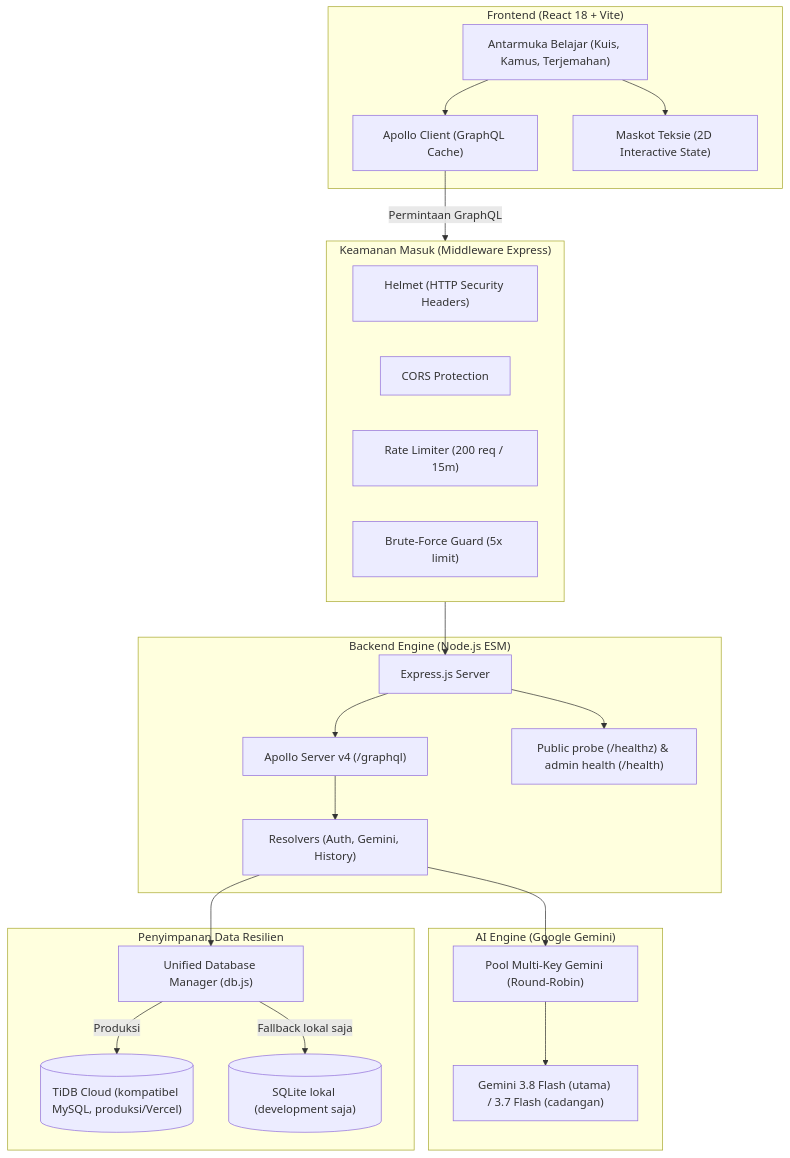
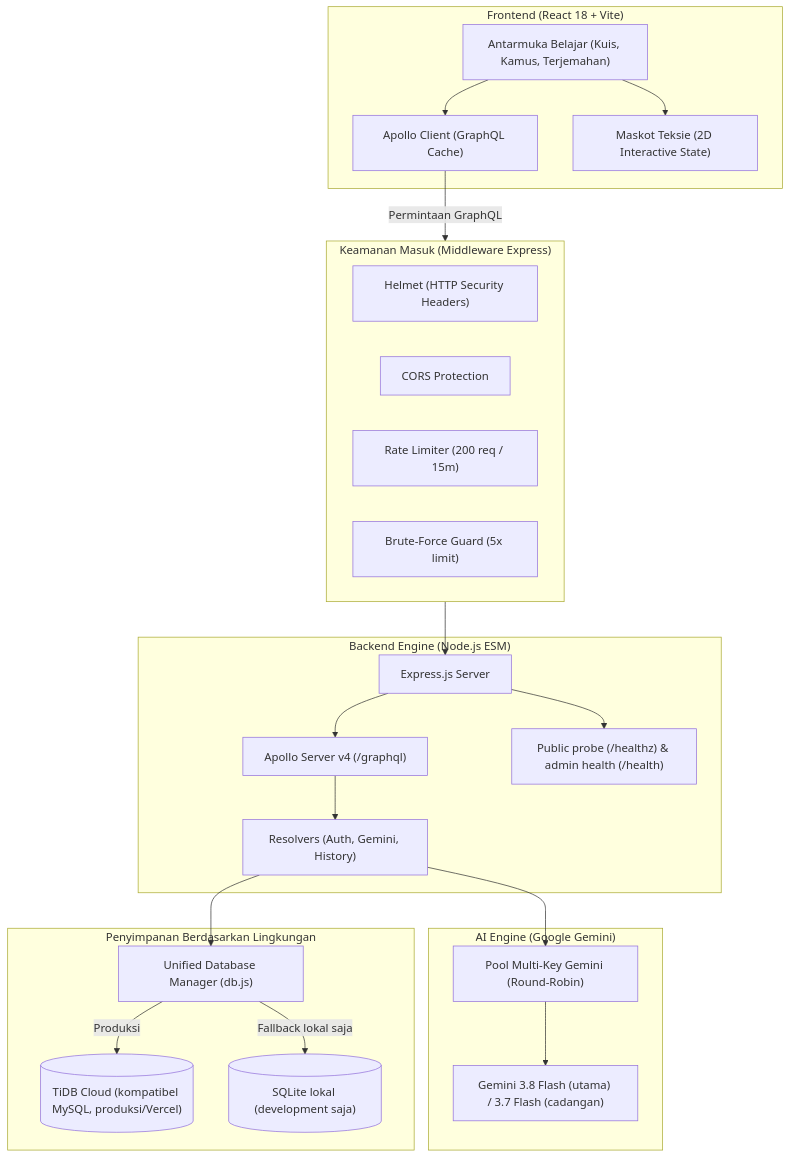
Before and after one commit to SlmAlhdr/pahamteks: the diagram in docs/ARCHITECTURE.md, drawn with Mermaid. The commit also changed other lines of this file and 6 other files, not shown here.

````diff
--- a/docs/ARCHITECTURE.md
+++ b/docs/ARCHITECTURE.md
@@ -9,48 +9,48 @@
 ```mermaid
 flowchart TD
     subgraph Client ["Frontend (React 18 + Vite)"]
         UI["Antarmuka Belajar (Kuis, Kamus, Terjemahan)"]
         Apollo["Apollo Client (GraphQL Cache)"]
         Mascot["Maskot Teksie (2D Interactive State)"]
         UI --> Apollo
         UI --> Mascot
     end
 
     subgraph Security ["Keamanan Masuk (Middleware Express)"]
         Helmet["Helmet (HTTP Security Headers)"]
         CORS["CORS Protection"]
         RateLimit["Rate Limiter (200 req / 15m)"]
         BruteGuard["Brute-Force Guard (5x limit)"]
     end
 
     subgraph Backend ["Backend Engine (Node.js ESM)"]
         Express["Express.js Server"]
         GraphQL["Apollo Server v4 (/graphql)"]
         HealthEndpoint["Public probe (/healthz) & admin health (/health)"]
         Resolvers["Resolvers (Auth, Gemini, History)"]
         
         Express --> GraphQL
         Express --> HealthEndpoint
         GraphQL --> Resolvers
     end
 
     subgraph AI ["AI Engine (Google Gemini)"]
         KeyPool["Pool Multi-Key Gemini (Round-Robin)"]
         GeminiAPI["Gemini 3.8 Flash (utama) / 3.7 Flash (cadangan)"]
         KeyPool --> GeminiAPI
     end
 
-    subgraph DataLayer ["Penyimpanan Data Resilien"]
+    subgraph DataLayer ["Penyimpanan Berdasarkan Lingkungan"]
         DBManager["Unified Database Manager (db.js)"]
         TiDB[("TiDB Cloud (kompatibel MySQL, produksi/Vercel)")]
         SQLite[("SQLite lokal (development saja)")]
         
         DBManager -->|Produksi| TiDB
         DBManager -->|Fallback lokal saja| SQLite
     end
 
     Apollo -->|Permintaan GraphQL| Security
     Security --> Express
     Resolvers --> KeyPool
     Resolvers --> DBManager
 ```
````
